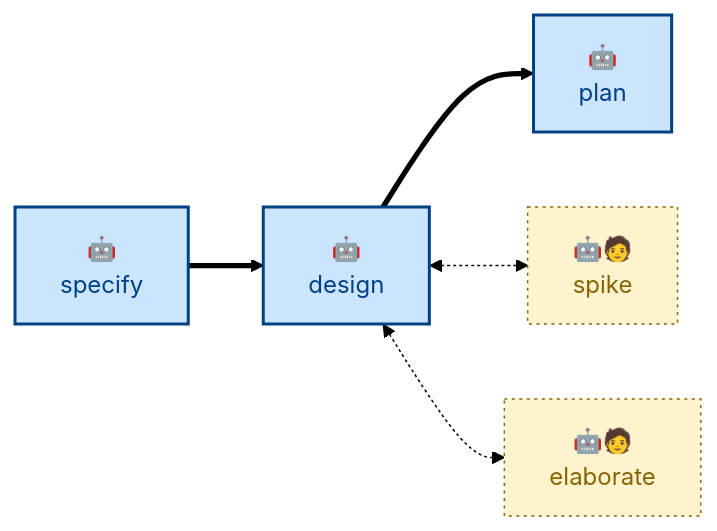
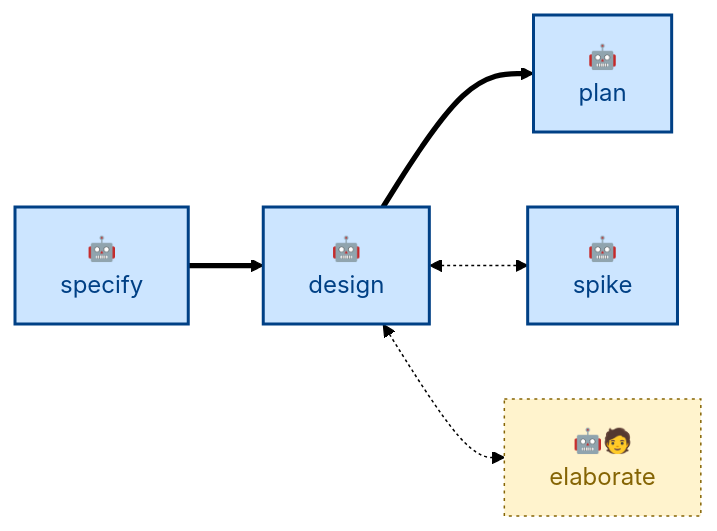
One commit to kieranpotts/skills changed the first of 2 diagrams in skills/design/README.md. Above: the diagram before and after it, drawn with Mermaid (forest theme). The commit also changed other lines of this file, not shown here.

````diff
--- a/skills/design/README.md
+++ b/skills/design/README.md
@@ -43,22 +58,21 @@
 ```mermaid
 flowchart LR
   %% Node labels and classes.
   specify["🤖\nspecify"]:::agentic
   design["🤖\ndesign"]:::agentic
   plan["🤖\nplan"]:::agentic
-  spike["🤖🧑\nspike"]:::anthropic
+  spike["🤖\nspike"]:::agentic
   elaborate["🤖🧑\nelaborate"]:::anthropic
 
   %% Main workflow sequence.
   specify ==> design
   design ==> plan
 
   %% Callouts to helpers.
   design <-.-> spike
   design <-.-> elaborate
 
   %% Class definitions.
   classDef agentic fill:#cce5ff,stroke:#004085,color:#004085,stroke-width:2px
-  classDef scripted fill:#e2e3e5,stroke:#4b5157,color:#383d41,stroke-width:2px
   classDef anthropic fill:#fff3cd,stroke:#856404,color:#856404,stroke-width:1px,stroke-dasharray:2 3
 ```
````
